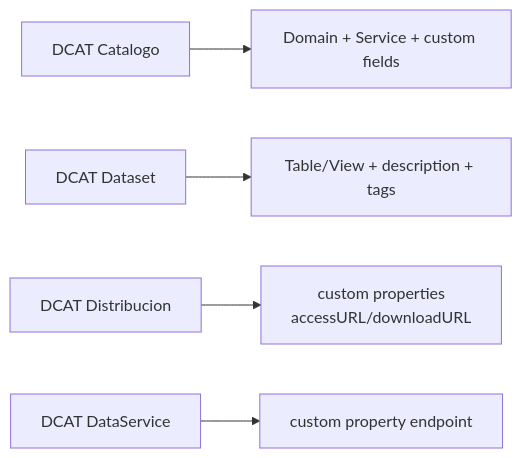
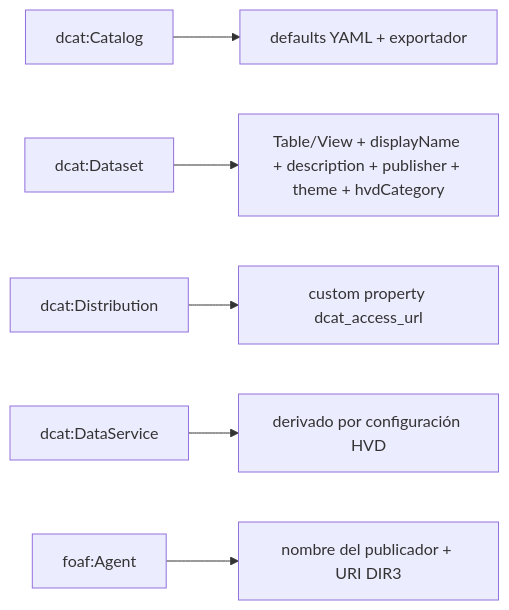
One commit to AlonsoMarcosM/TFM_Alonso_Marcos_Mu-oz changed the fourth of 6 diagrams in docs/diagramas_mermaid.md. Above: the diagram before and after it, drawn with Mermaid. The commit also changed other lines of this file and 18 other files, not shown here.

First line of the commit message:
docs: document DCAT-AP-ES HVD operating scope

````diff
--- a/docs/diagramas_mermaid.md
+++ b/docs/diagramas_mermaid.md
@@ -66,7 +65,8 @@
 ```mermaid
 flowchart LR
-  DC1[DCAT Catalogo] --> OM1[Domain + Service + custom fields]
-  DC2[DCAT Dataset] --> OM2[Table/View + description + tags]
-  DC3[DCAT Distribucion] --> OM3[custom properties\naccessURL/downloadURL]
-  DC4[DCAT DataService] --> OM4[custom property endpoint]
+  C1[dcat:Catalog] --> O1[defaults YAML + exportador]
+  C2[dcat:Dataset] --> O2[Table/View + displayName + description + publisher + theme + hvdCategory]
+  C3[dcat:Distribution] --> O3[custom property dcat_access_url]
+  C4[dcat:DataService] --> O4[derivado por configuración HVD]
+  C5[foaf:Agent] --> O5[nombre del publicador + URI DIR3]
 ```
````
